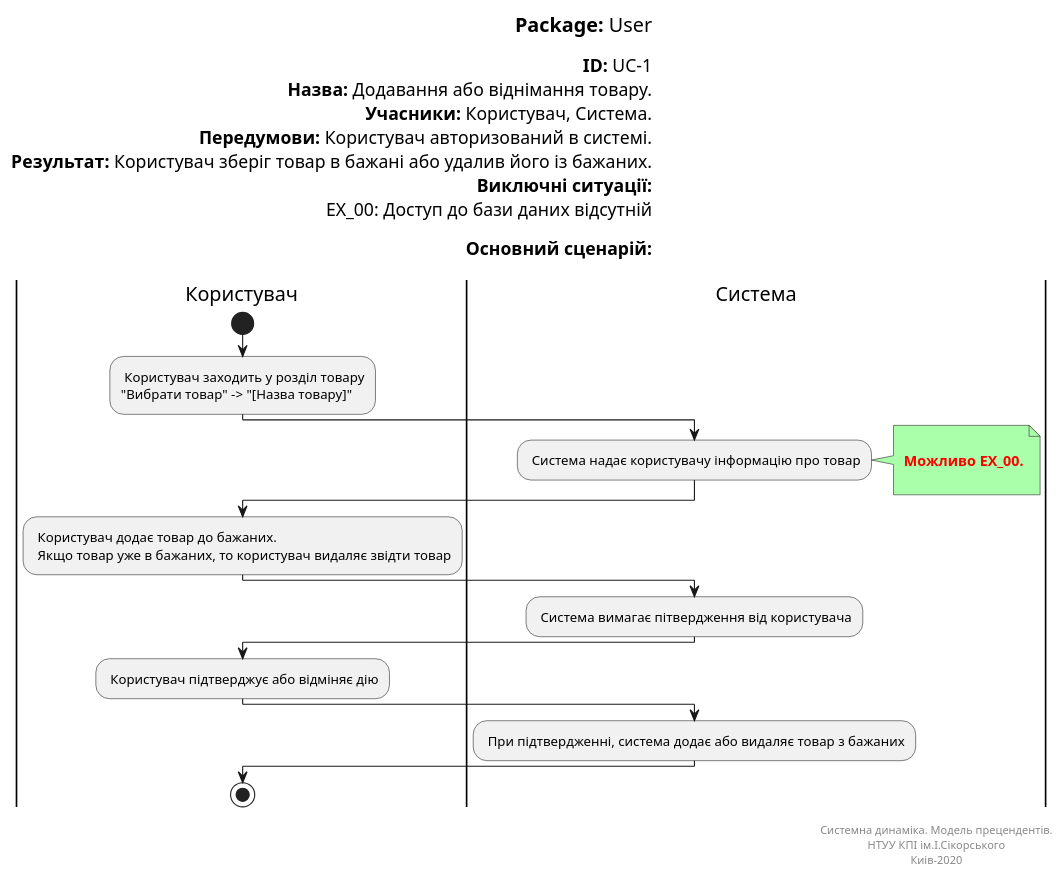
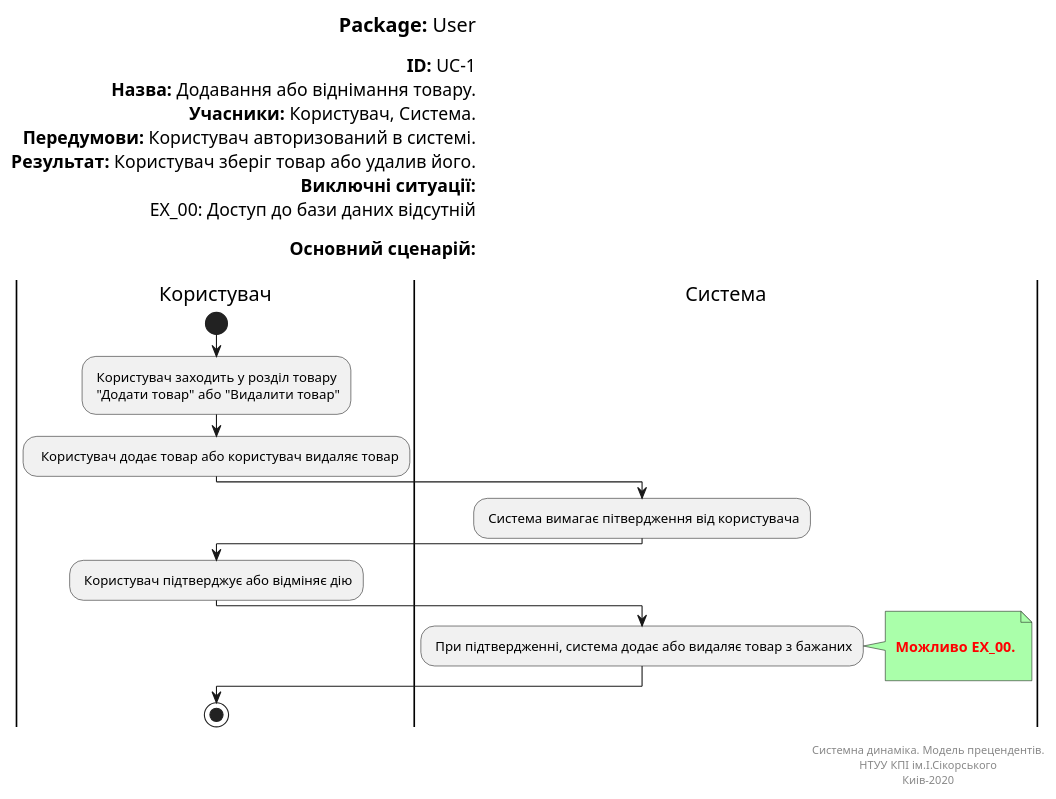
One commit to kirilinsane/Team2 changed the diagram in Doc/UMLdiagrams/scenarios/user/Diagrams/UML/UC1.pu. Above: the diagram before and after it, drawn with PlantUML. The commit also changed 1 other file, not shown here.

```diff
--- a/Doc/UMLdiagrams/scenarios/user/Diagrams/UML/UC1.pu
+++ b/Doc/UMLdiagrams/scenarios/user/Diagrams/UML/UC1.pu
@@ -1,52 +1,48 @@
 @startuml
 left header
 <font color=000 size=18><b>Package:</b> User
 
 <font color=000 size=16><b>ID:</b> UC-1
 <font color=000 size=16><b>Назва:</b> Додавання або віднімання товару.
 <font color=000 size=16><b>Учасники:</b> Користувач, Система.
 <font color=000 size=16><b>Передумови:</b> Користувач авторизований в системі.
-<font color=000 size=16><b>Результат:</b> Користувач зберіг товар в бажані або удалив його із бажаних.
+<font color=000 size=16><b>Результат:</b> Користувач зберіг товар або удалив його.
 <font color=000 size=16><b>Виключні ситуації:</b>
 <font color=000 size=16> EX_00: Доступ до бази даних відсутній
 
 <font color=000 size=16><b>Основний сценарій:</b>
 
 end header
 
 |Користувач|
 start
 : Користувач заходить у розділ товару 
-"Вибрати товар" -> "[Назва товару]";
-
-|Система|
-: Система надає користувачу інформацію про товар;
-note right #aaffaa
-
-<font color=red><b> Можливо EX_00.
-
-end note
+ "Додати товар" або "Видалити товар";
 
 |Користувач|
-: Користувач додає товар до бажаних. 
- Якщо товар уже в бажаних, то користувач видаляє звідти товар;
+:  Користувач додає товар або користувач видаляє товар;
 
 |Система|
 : Система вимагає пітвердження від користувача;
 
 |Користувач|
 : Користувач підтверджує або відміняє дію;
 
 |Система|
 : При підтвердженні, система додає або видаляє товар з бажаних;
+note right #aaffaa
+
+<font color=red><b> Можливо EX_00.
+
+end note
 
 |Користувач|
 stop;
 
 right footer
 
 Системна динаміка. Модель прецендентів.
 НТУУ КПІ ім.І.Сікорського
 Киів-2020
 end footer
 @enduml
```
